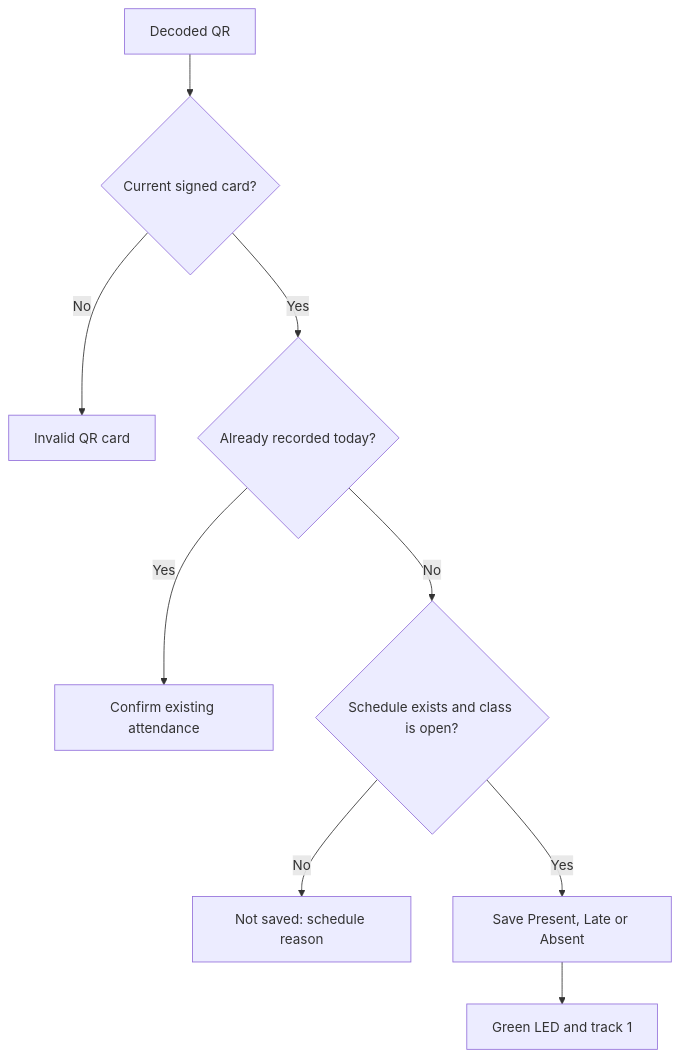
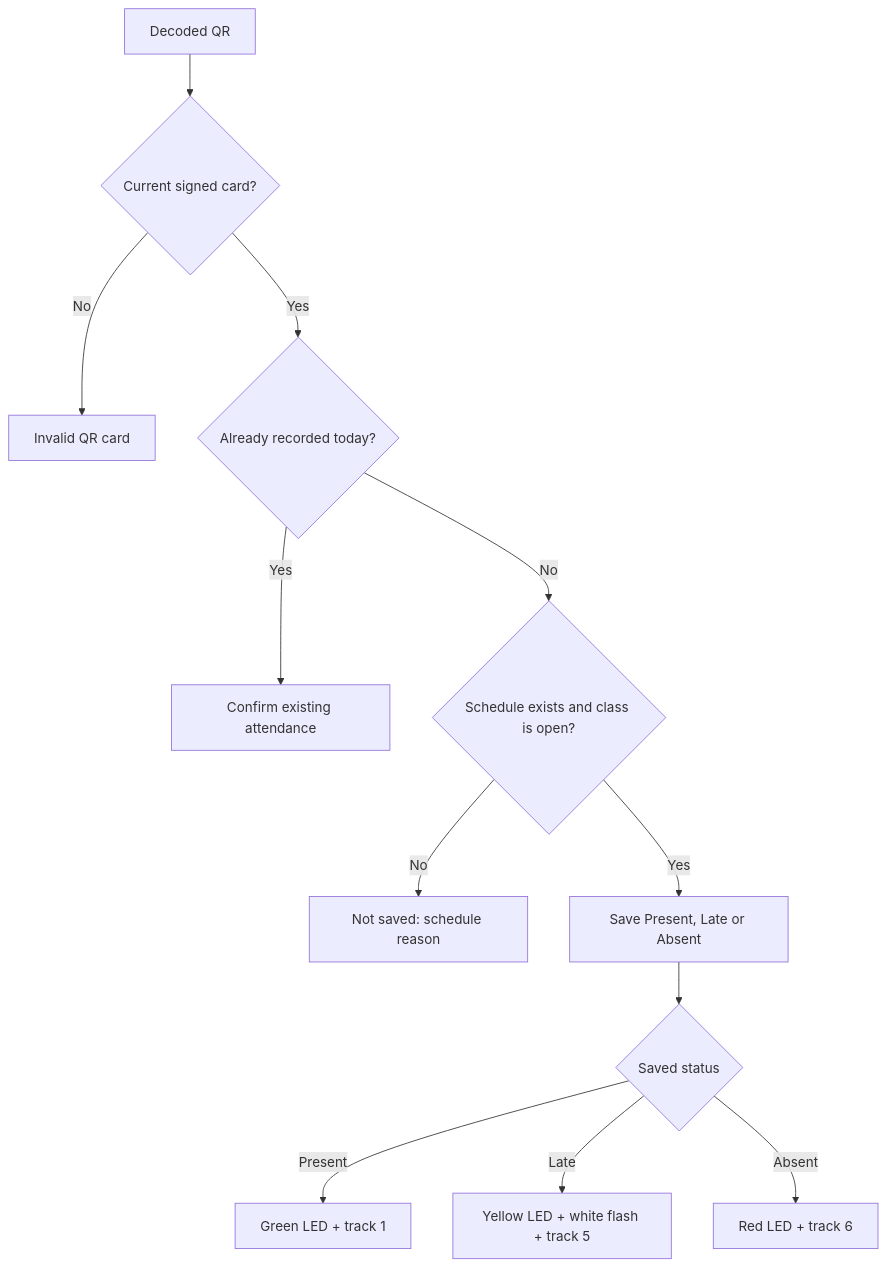
Before and after one commit to LikeNmuFF/QRAttendance: the second of 2 diagrams in README.md, drawn with Mermaid. The commit also changed 58 other files, not shown here.

````diff
--- a/README.md
+++ b/README.md
@@ -150,11 +150,14 @@
 ```mermaid
 flowchart TD
     Scan["Decoded QR"] --> Valid{"Current signed card?"}
     Valid -->|No| Reject["Invalid QR card"]
     Valid -->|Yes| Duplicate{"Already recorded today?"}
     Duplicate -->|Yes| Existing["Confirm existing attendance"]
     Duplicate -->|No| Open{"Schedule exists and class is open?"}
     Open -->|No| Closed["Not saved: schedule reason"]
     Open -->|Yes| Save["Save Present, Late or Absent"]
-    Save --> Success["Green LED and track 1"]
+    Save --> Result{"Saved status"}
+    Result -->|Present| Present["Green LED + track 1"]
+    Result -->|Late| Late["Yellow LED + white flash + track 5"]
+    Result -->|Absent| Absent["Red LED + track 6"]
 ```
````
